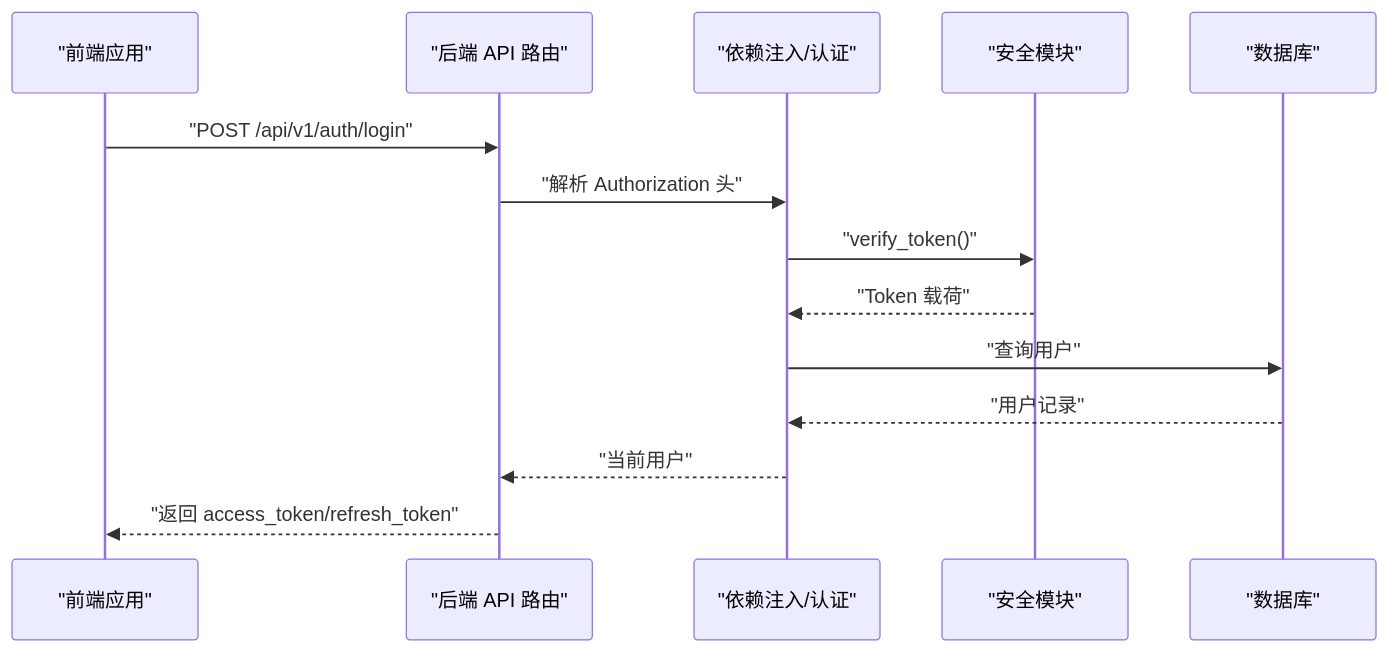
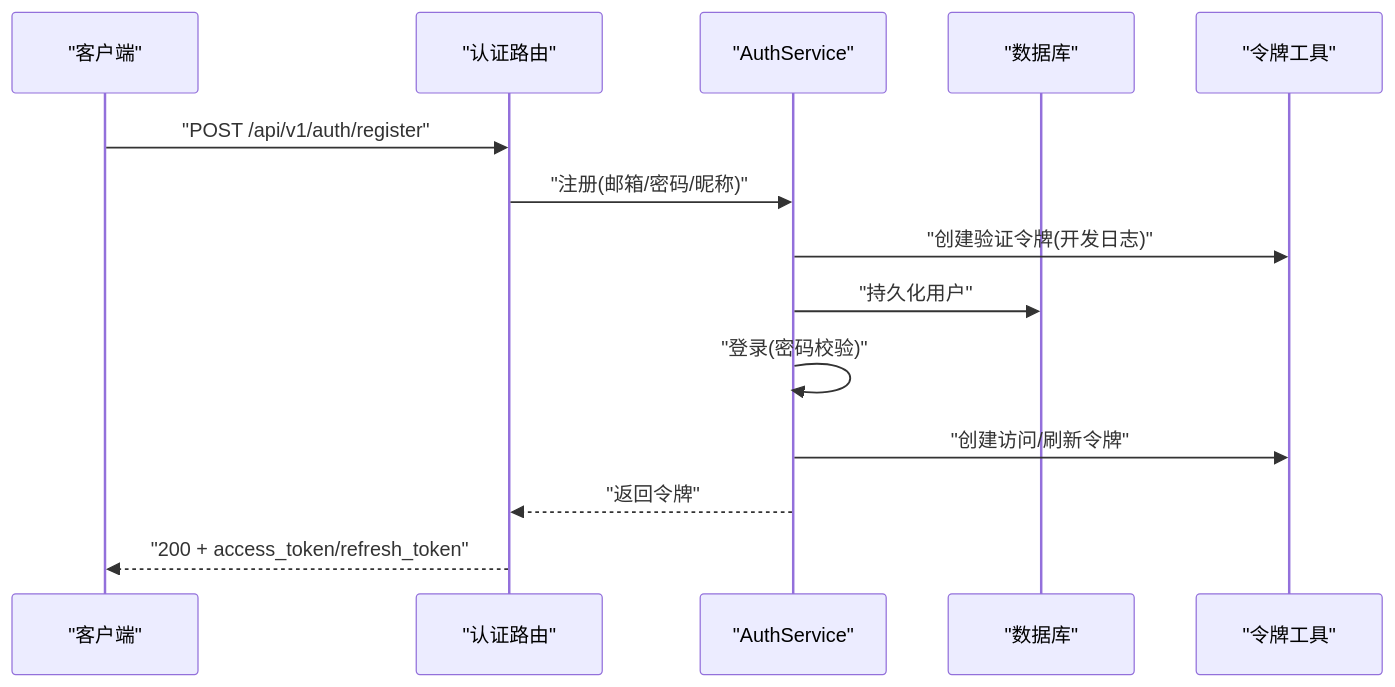
Before and after one commit to selectzhangyuan/AI-photo-coach: the second of 7 diagrams in .qoder/repowiki/zh/content/测试策略.md, drawn with Mermaid. The commit also changed other lines of this file and 128 other files, not shown here.

````diff
--- a/.qoder/repowiki/zh/content/测试策略.md
+++ b/.qoder/repowiki/zh/content/测试策略.md
@@ -113,16 +125,16 @@
 ```mermaid
 sequenceDiagram
-participant FE as "前端应用"
-participant API as "后端 API 路由"
-participant DEP as "依赖注入/认证"
-participant SEC as "安全模块"
-participant DB as "数据库"
-FE->>API : "POST /api/v1/auth/login"
-API->>DEP : "解析 Authorization 头"
-DEP->>SEC : "verify_token()"
-SEC-->>DEP : "Token 载荷"
-DEP->>DB : "查询用户"
-DB-->>DEP : "用户记录"
-DEP-->>API : "当前用户"
-API-->>FE : "返回 access_token/refresh_token"
+participant C as "客户端"
+participant R as "认证路由"
+participant S as "AuthService"
+participant D as "数据库"
+participant T as "令牌工具"
+C->>R : "POST /api/v1/auth/register"
+R->>S : "注册(邮箱/密码/昵称)"
+S->>T : "创建验证令牌(开发日志)"
+S->>D : "持久化用户"
+S->>S : "登录(密码校验)"
+S->>T : "创建访问/刷新令牌"
+S-->>R : "返回令牌"
+R-->>C : "200 + access_token/refresh_token"
 ```
````
